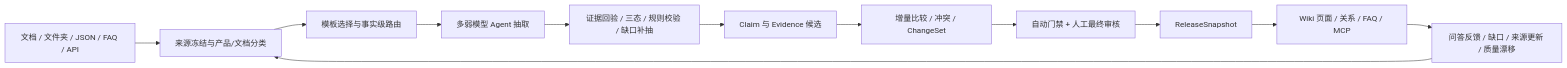
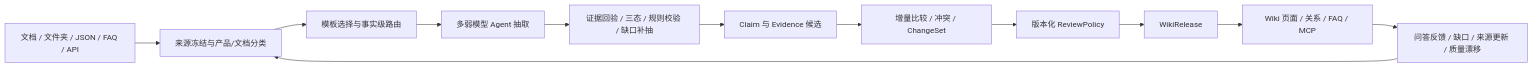
Before and after one commit to PA-ALG/InsuranceKB-WeKnora: the second of 2 diagrams in docs/superpowers/specs/2026-07-21-enterprise-llm-wiki-north-star-design.md, drawn with Mermaid. The commit also changed other lines of this file and 21 other files, not shown here.

Commit message:
docs(033): reset production architecture governance

````diff
--- a/docs/superpowers/specs/2026-07-21-enterprise-llm-wiki-north-star-design.md
+++ b/docs/superpowers/specs/2026-07-21-enterprise-llm-wiki-north-star-design.md
@@ -118,14 +117,14 @@
 ```mermaid
 flowchart LR
     A["文档 / 文件夹 / JSON / FAQ / API"] --> B["来源冻结与产品/文档分类"]
     B --> C["模板选择与事实级路由"]
     C --> D["多弱模型 Agent 抽取"]
     D --> E["证据回验 / 三态 / 规则校验 / 缺口补抽"]
     E --> F["Claim 与 Evidence 候选"]
     F --> G["增量比较 / 冲突 / ChangeSet"]
-    G --> H["自动门禁 + 人工最终审核"]
-    H --> I["ReleaseSnapshot"]
+    G --> H["版本化 ReviewPolicy"]
+    H --> I["WikiRelease"]
     I --> J["Wiki 页面 / 关系 / FAQ / MCP"]
     J --> K["问答反馈 / 缺口 / 来源更新 / 质量漂移"]
     K --> B
 ```
````
